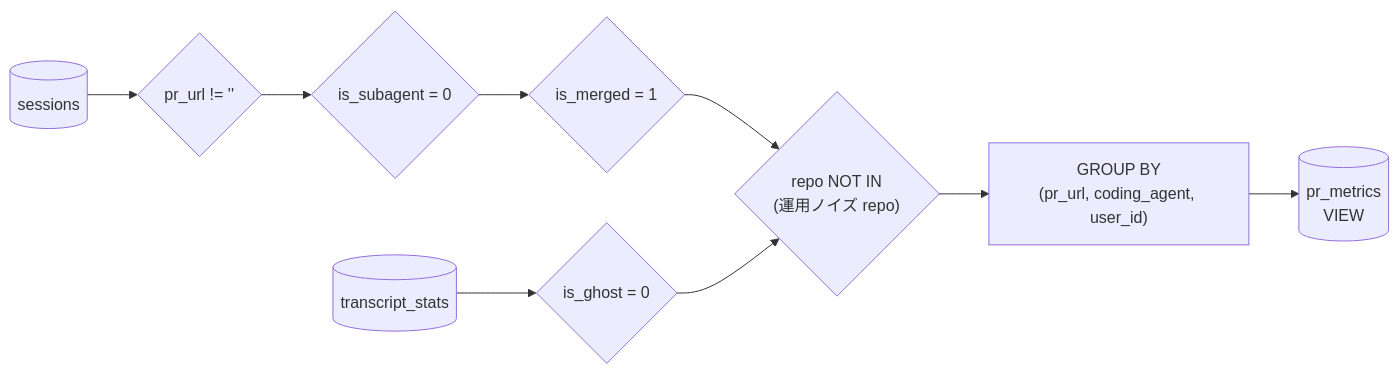
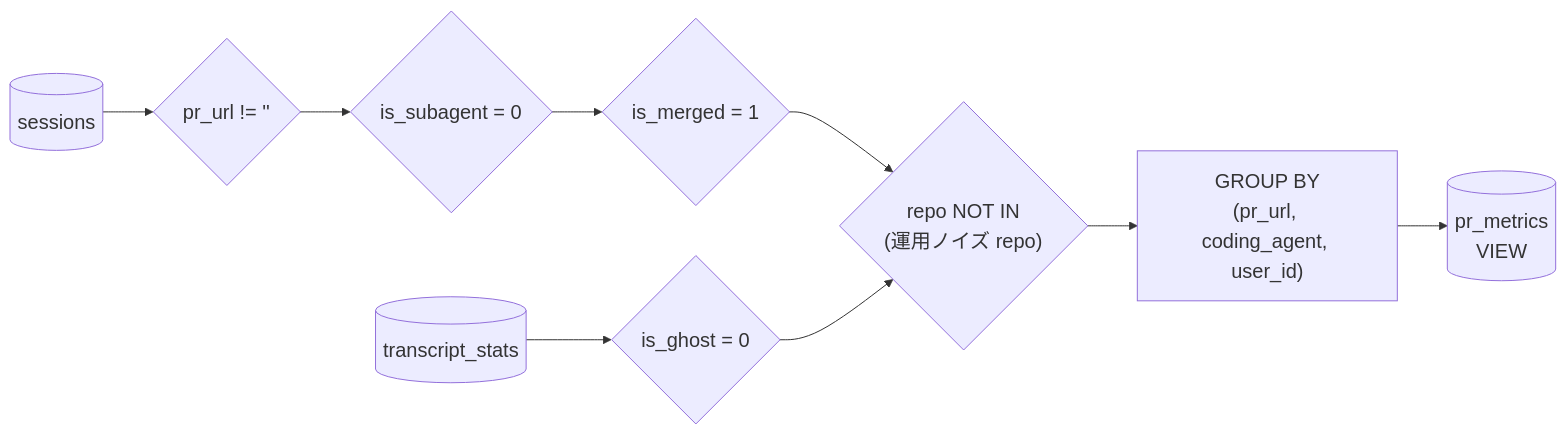
The second of 2 diagrams in site/content/explain/aggregation/index.md (ishii1648/hitl-metrics), drawn with Mermaid before and after one commit. The commit also changed other lines of this file and 3 other files, not shown here.

````diff
--- a/site/content/explain/aggregation/index.md
+++ b/site/content/explain/aggregation/index.md
@@ -58,22 +59,23 @@
 ```mermaid
+%%{init: {'themeVariables': {'fontSize': '20px'}}}%%
 flowchart LR
     S[("sessions")]
     TS[("transcript_stats")]
 
     F1{"pr_url != ''"}
     F2{"is_subagent = 0"}
     F3{"is_merged = 1"}
     F4{"is_ghost = 0"}
     F5{"repo NOT IN<br/>(運用ノイズ repo)"}
 
     G["GROUP BY<br/>(pr_url, coding_agent, user_id)"]
 
     PM[("pr_metrics<br/>VIEW")]
 
     S --> F1 --> F2 --> F3
     TS --> F4
     F3 --> F5
     F4 --> F5
     F5 --> G
     G --> PM
 ```
````
